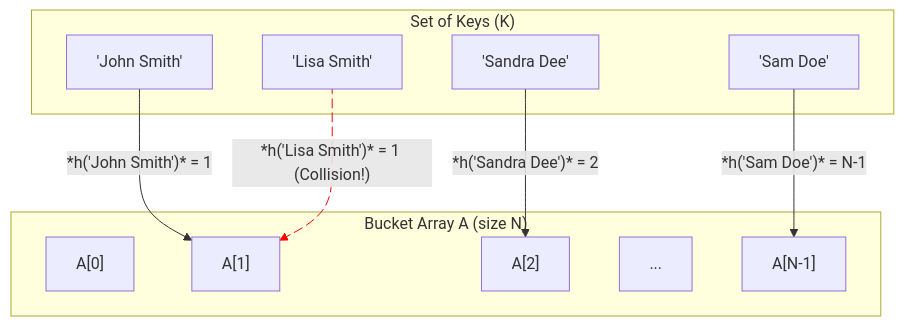
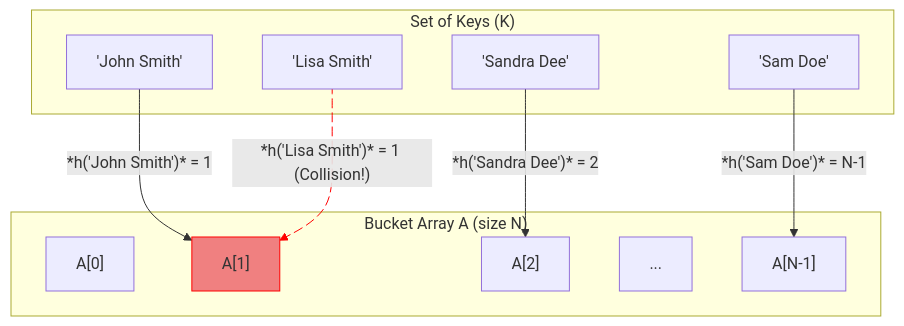
One commit to ruslylove/datastruct changed the second of 8 diagrams in lectures/lect-13-Hash-Tables.md. Above: the diagram before and after it, drawn with Mermaid. The commit also changed other lines of this file and 1 other file, not shown here.

Commit message:
add diagrams

````diff
--- a/lectures/lect-13-Hash-Tables.md
+++ b/lectures/lect-13-Hash-Tables.md
@@ -92,27 +92,28 @@
 ```mermaid {scale:0.88}
 graph TD
     subgraph "Set of Keys (K)"
         K1["'John Smith'"]
         K2["'Lisa Smith'"]
         K3["'Sam Doe'"]
         K4["'Sandra Dee'"]
     end
 
     subgraph "Bucket Array A (size N)"
         B0["A[0]"]
-        B1["A[1]"]
+        B1["A[1]"]:::bad
         B2["A[2]"]
         B_etc["..."]
         BN["A[N-1]"]
     end
 
     K1 -- "*h('John Smith')* = 1" --> B1
     K2 e1@-- "*h('Lisa Smith')* = 1 (Collision!)" --> B1
     K3 -- "*h('Sam Doe')* = N-1" --> BN
     K4 -- "*h('Sandra Dee')* = 2" --> B2
 
     linkStyle 1 stroke:red
-        e1@{ animate: true }
+    e1@{ animate: true }
+    classDef bad fill:lightcoral,stroke:red
 
 
 ```
````
